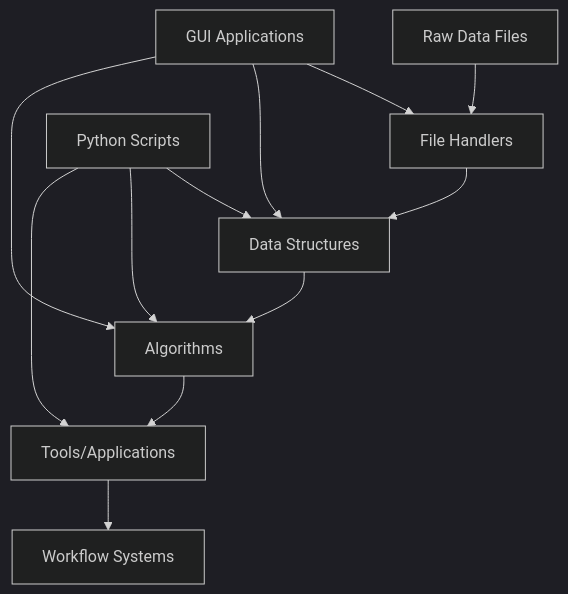
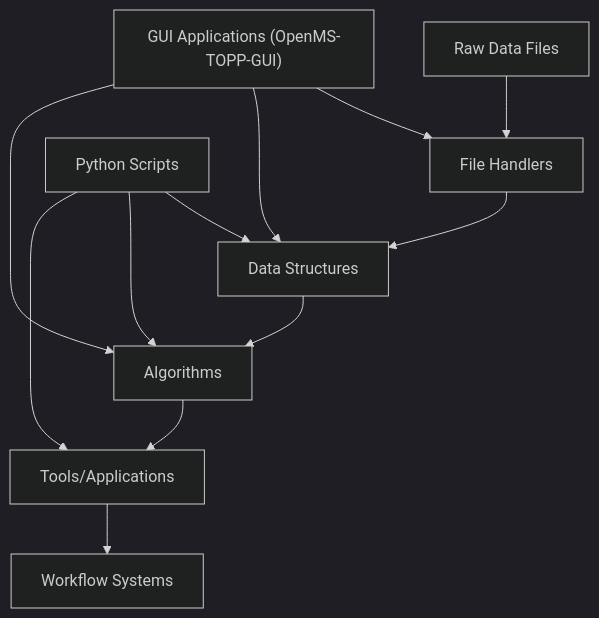
One commit to OpenMS/OpenMS changed the second of 2 diagrams in ARCHITECTURE.MD. Above: the diagram before and after it, drawn with Mermaid (dark theme). The commit also changed other lines of this file and 80 other files, not shown here.

First line of the commit message:
[DOC] Documentation after moving the GUI to OpenMS-TOPP-GUI

````diff
--- a/ARCHITECTURE.MD
+++ b/ARCHITECTURE.MD
@@ -107,16 +105,16 @@
 ```mermaid
 flowchart TD
     A[Raw Data Files] --> B[File Handlers]
     B --> C[Data Structures]
     C --> D[Algorithms]
     D --> E[Tools/Applications]
     E --> F[Workflow Systems]
     
     G[Python Scripts] --> C
     G --> D
     G --> E
     
-    H[GUI Applications] --> B
+    H["GUI Applications (OpenMS-TOPP-GUI)"] --> B
     H --> C
     H --> D
 ```
````
